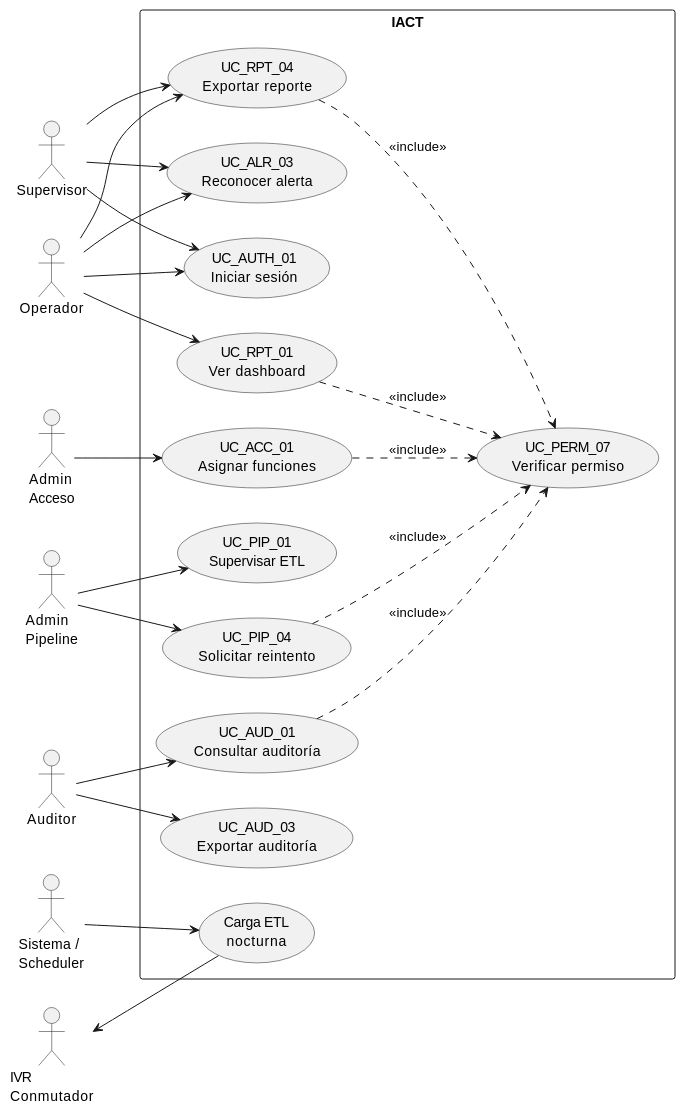
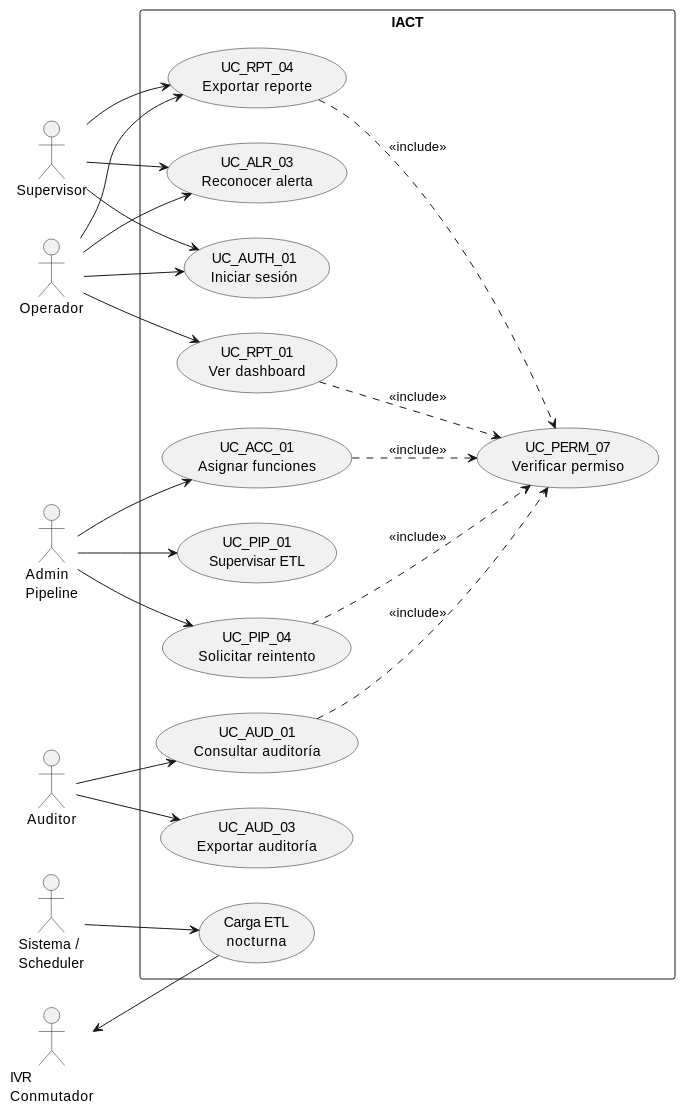
Before and after one commit to jcg-admin/IACT-docs: the fourth of 12 diagrams in source/requisitos/_metodologia-aplicacion/casos-uso-diagramas.rst, drawn with PlantUML. The commit also changed other lines of this file and 143 other files, not shown here.

```diff
--- a/source/requisitos/_metodologia-aplicacion/casos-uso-diagramas.rst
+++ b/source/requisitos/_metodologia-aplicacion/casos-uso-diagramas.rst
@@ -135,52 +135,52 @@
 .. uml::
 
    @startuml
 
    left to right direction
 
    actor Operador
    actor Supervisor
-   actor "Admin\nAcceso"     as AA
-   actor "Admin\nPipeline"   as AP
+   actor "Admin\nAcceso"     as Admin
+   actor "Admin\nPipeline"   as Admin
    actor Auditor
    actor "Sistema /\nScheduler" as Sched
    actor "IVR\nConmutador"  as IVR
 
    rectangle "IACT" {
      usecase "UC_AUTH_01\nIniciar sesión"     as AUTH01
      usecase "UC_RPT_01\nVer dashboard"       as RPT01
      usecase "UC_RPT_04\nExportar reporte"    as RPT04
      usecase "UC_ALR_03\nReconocer alerta"    as ALR03
      usecase "UC_ACC_01\nAsignar funciones"   as ACC01
      usecase "UC_PERM_07\nVerificar permiso"  as PERM07
      usecase "UC_PIP_01\nSupervisar ETL"      as PIP01
      usecase "UC_PIP_04\nSolicitar reintento" as PIP04
      usecase "UC_AUD_01\nConsultar auditoría" as AUD01
      usecase "UC_AUD_03\nExportar auditoría"  as AUD03
      usecase "Carga ETL\nnocturna"            as ETL
    }
 
    Operador   --> AUTH01
    Operador   --> RPT01
    Operador   --> RPT04
    Operador   --> ALR03
 
    Supervisor --> AUTH01
    Supervisor --> RPT04
    Supervisor --> ALR03
 
-   AA         --> ACC01
-   AP         --> PIP01
-   AP         --> PIP04
+   Admin         --> ACC01
+   Admin         --> PIP01
+   Admin         --> PIP04
    Auditor    --> AUD01
    Auditor    --> AUD03
 
    Sched      --> ETL
    IVR        <-- ETL
 
    RPT01      ..> PERM07 : <<include>>
    RPT04      ..> PERM07 : <<include>>
    ACC01      ..> PERM07 : <<include>>
    AUD01      ..> PERM07 : <<include>>
    PIP04      ..> PERM07 : <<include>>
    @enduml
```
